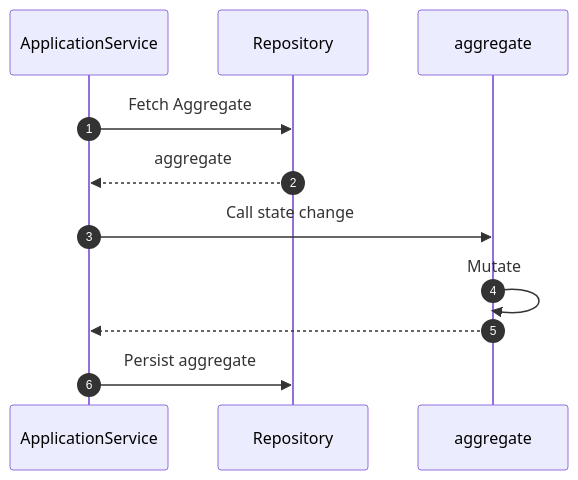
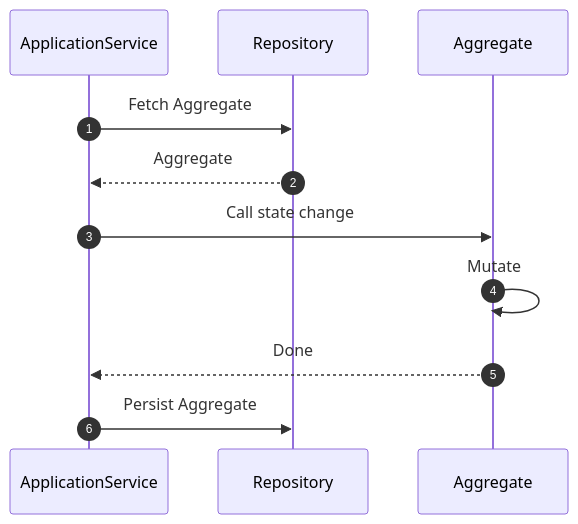
The diagram in docs/guides/domain-behavior/aggregate-mutation.md (proteanhq/protean), drawn with Mermaid before and after one commit. The commit also changed 5 other files, not shown here.

First line of the commit message:
Fix empty message labels in mermaid sequence diagrams

````diff
--- a/docs/guides/domain-behavior/aggregate-mutation.md
+++ b/docs/guides/domain-behavior/aggregate-mutation.md
@@ -16,10 +16,10 @@
 ```mermaid
 sequenceDiagram
   autonumber
   ApplicationService->>Repository: Fetch Aggregate
-  Repository-->>ApplicationService: aggregate
-  ApplicationService->>aggregate: Call state change
-  aggregate->>aggregate: Mutate
-  aggregate-->>ApplicationService:
-  ApplicationService->>Repository: Persist aggregate
+  Repository-->>ApplicationService: Aggregate
+  ApplicationService->>Aggregate: Call state change
+  Aggregate->>Aggregate: Mutate
+  Aggregate-->>ApplicationService: Done
+  ApplicationService->>Repository: Persist Aggregate
 ```
````
